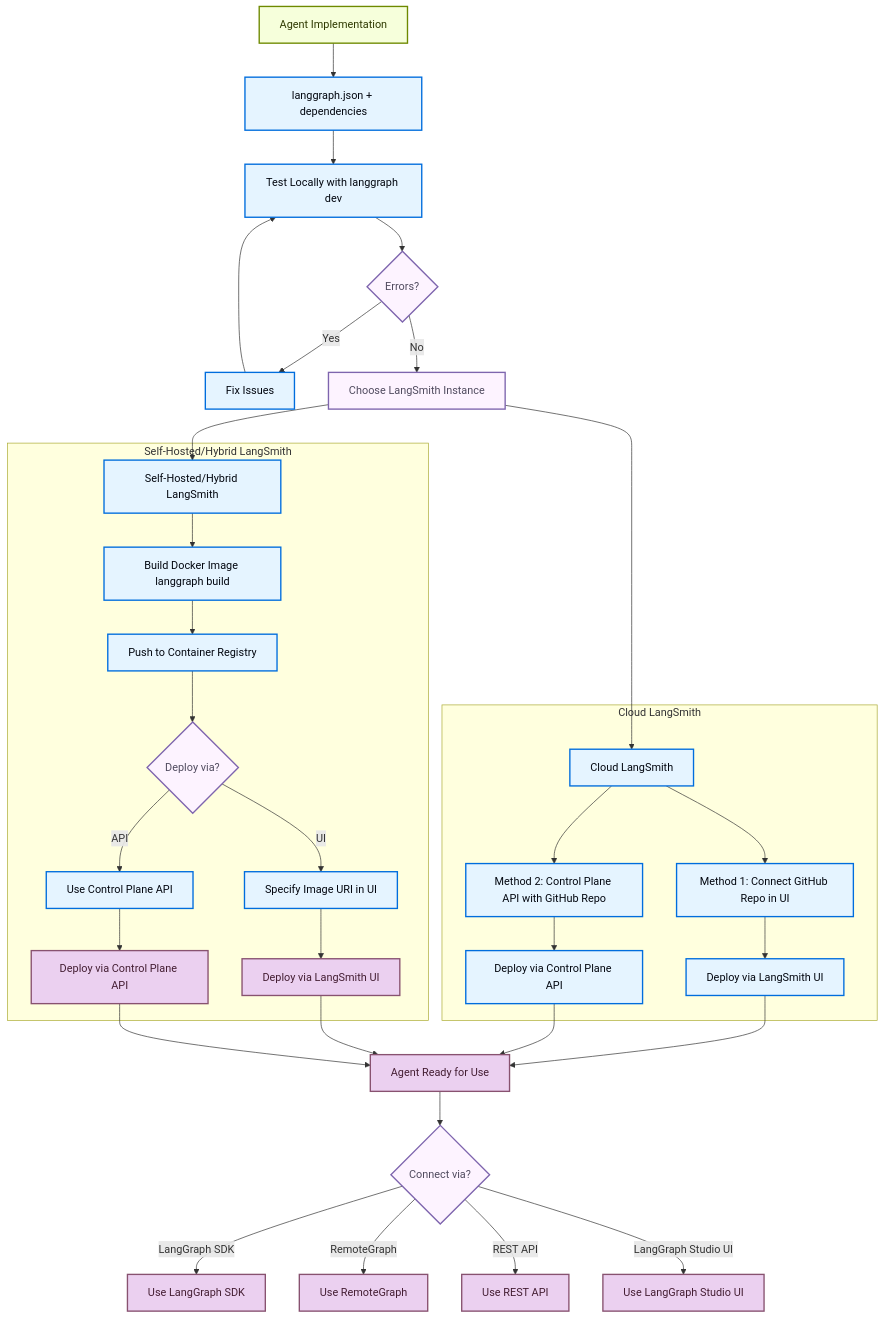
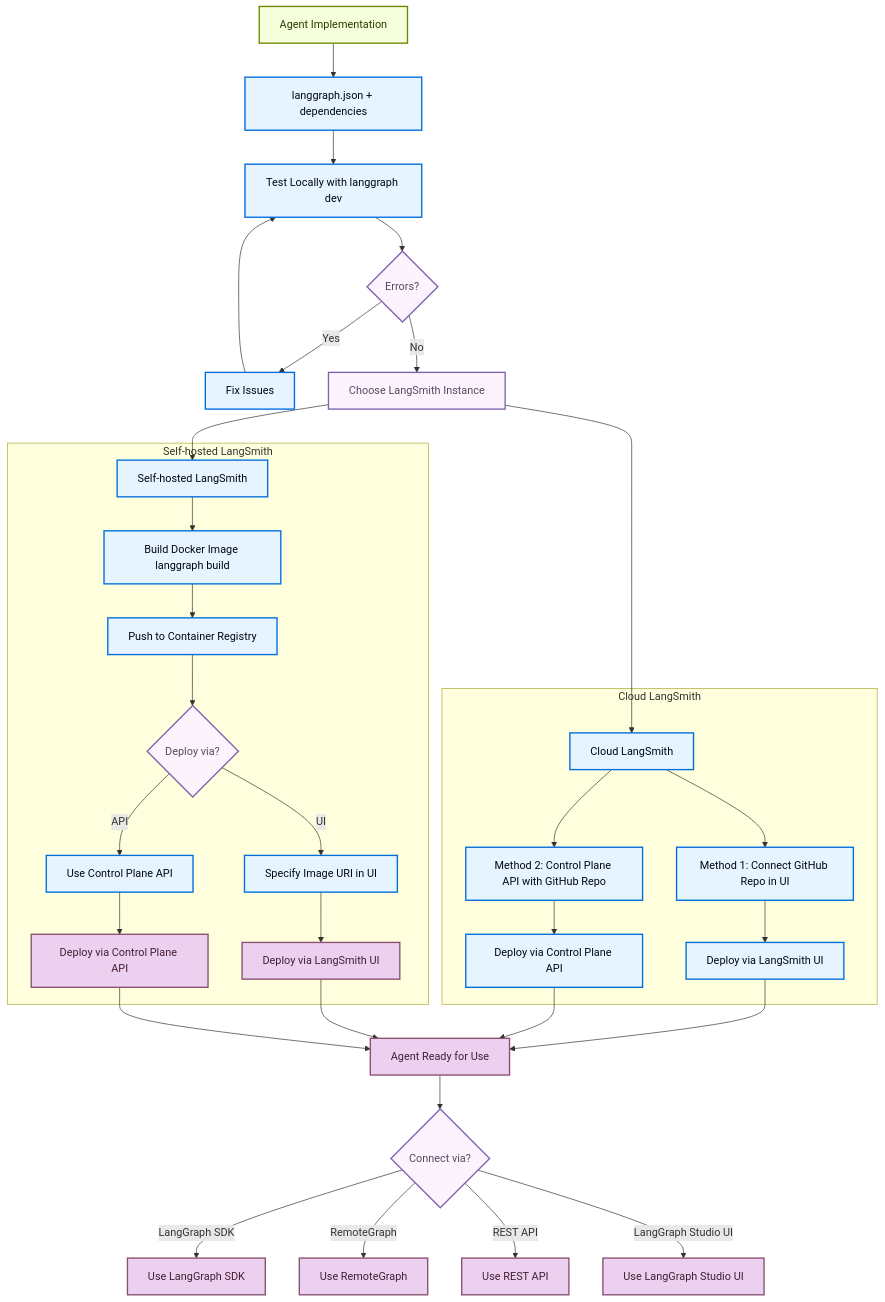
The second of 2 diagrams in src/langsmith/cicd-pipeline-example.mdx (ActianCorp/langchain-ai-docs), drawn with Mermaid before and after one commit. The commit also changed other lines of this file and 18 other files, not shown here.

````diff
--- a/src/langsmith/cicd-pipeline-example.mdx
+++ b/src/langsmith/cicd-pipeline-example.mdx
@@ -156,56 +156,56 @@
 ```mermaid actions={false}
 graph TD
     A[Agent Implementation] --> B[langgraph.json + dependencies]
     B --> C[Test Locally with langgraph dev]
     C --> D{Errors?}
     D -->|Yes| E[Fix Issues]
     E --> C
     D -->|No| F[Choose LangSmith Instance]
 
     F --> G[Cloud LangSmith]
-    F --> H[Self-Hosted/Hybrid LangSmith]
+    F --> H[Self-hosted LangSmith]
 
     subgraph "Cloud LangSmith"
         G --> I[Method 1: Connect GitHub Repo in UI]
         G --> J[Method 2: Control Plane API with GitHub Repo]
         I --> K[Deploy via LangSmith UI]
         J --> L[Deploy via Control Plane API]
     end
 
-    subgraph "Self-Hosted/Hybrid LangSmith"
+    subgraph "Self-hosted LangSmith"
         H --> S[Build Docker Image langgraph build]
         S --> T[Push to Container Registry]
         T --> U{Deploy via?}
         U -->|UI| V[Specify Image URI in UI]
         U -->|API| W[Use Control Plane API]
         V --> X[Deploy via LangSmith UI]
         W --> Y[Deploy via Control Plane API]
     end
 
     K --> AA[Agent Ready for Use]
     L --> AA
     X --> AA
     Y --> AA
 
     AA --> BB{Connect via?}
     BB -->|LangGraph SDK| CC[Use LangGraph SDK]
     BB -->|RemoteGraph| DD[Use RemoteGraph]
     BB -->|REST API| EE[Use REST API]
     BB -->|LangGraph Studio UI| FF[Use LangGraph Studio UI]
 
     classDef trigger fill:#F6FFDB,stroke:#6E8900,stroke-width:2px,color:#2E3900
     classDef process fill:#E5F4FF,stroke:#006DDD,stroke-width:2px,color:#030710
     classDef decision fill:#FDF3FF,stroke:#7E65AE,stroke-width:2px,color:#504B5F
     classDef output fill:#EBD0F0,stroke:#885270,stroke-width:2px,color:#441E33
 
     class A trigger
     class B,C process
     class D,U,BB decision
     class E process
     class F decision
     class G,H process
     class I,J,S,T process
     class K,L,V,W process
     class X,Y,AA output
     class CC,DD,EE,FF output
 ```
````
